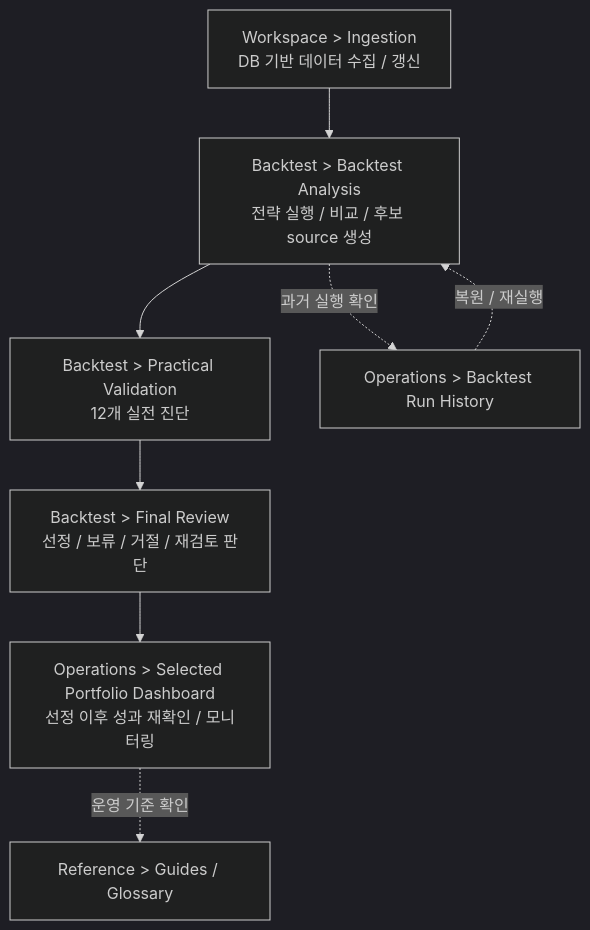
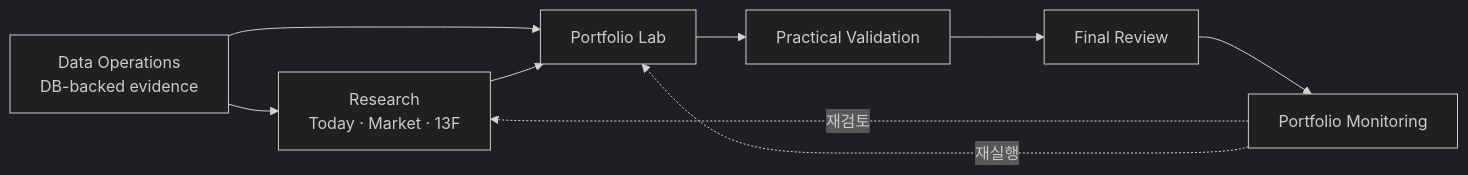
One commit to KKangTaee/quant-data-pipeline changed the diagram in README.md. Above: the diagram before and after it, drawn with Mermaid (dark theme). The commit also changed other lines of this file and 4 other files, not shown here.

````diff
--- a/README.md
+++ b/README.md
@@ -42,12 +62,11 @@
 ```mermaid
-flowchart TD
-    A["Workspace > Ingestion<br/>DB 기반 데이터 수집 / 갱신"] --> B["Backtest > Backtest Analysis<br/>전략 실행 / 비교 / 후보 source 생성"]
-    B --> C["Backtest > Practical Validation<br/>12개 실전 진단"]
-    C --> D["Backtest > Final Review<br/>선정 / 보류 / 거절 / 재검토 판단"]
-    D --> E["Operations > Selected Portfolio Dashboard<br/>선정 이후 성과 재확인 / 모니터링"]
-
-    B -. "과거 실행 확인" .-> F["Operations > Backtest Run History"]
-    F -. "복원 / 재실행" .-> B
-
-    E -. "운영 기준 확인" .-> G["Reference > Guides / Glossary"]
+flowchart LR
+    D["Data Operations<br/>DB-backed evidence"] --> R["Research<br/>Today · Market · 13F"]
+    D --> L["Portfolio Lab"]
+    R --> L
+    L --> V["Practical Validation"]
+    V --> F["Final Review"]
+    F --> M["Portfolio Monitoring"]
+    M -. "재검토" .-> R
+    M -. "재실행" .-> L
 ```
````
